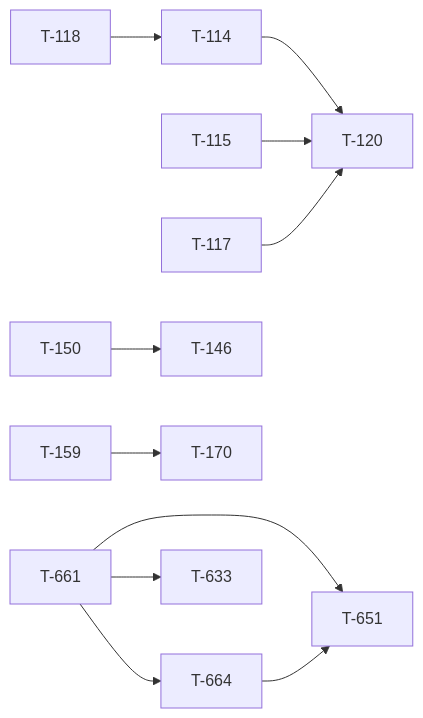
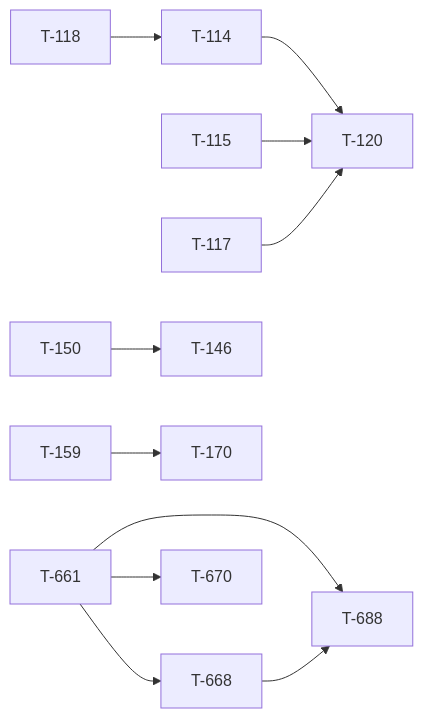
One commit to darkforce09/TBD-reforger changed the diagram in docs/TICKET_LEAD.md. Above: the diagram before and after it, drawn with Mermaid. The commit also changed other lines of this file and 8 other files, not shown here.

````diff
--- a/docs/TICKET_LEAD.md
+++ b/docs/TICKET_LEAD.md
@@ -28,13 +28,13 @@
 ```mermaid
 flowchart LR
   T118[T-118] --> T114[T-114]
   T114[T-114] --> T120[T-120]
   T115[T-115] --> T120[T-120]
   T117[T-117] --> T120[T-120]
   T150[T-150] --> T146[T-146]
   T159[T-159] --> T170[T-170]
-  T661[T-661] --> T664[T-664]
-  T661[T-661] --> T651[T-651]
-  T664[T-664] --> T651[T-651]
-  T661[T-661] --> T633[T-633]
+  T661[T-661] --> T668[T-668]
+  T661[T-661] --> T670[T-670]
+  T661[T-661] --> T688[T-688]
+  T668[T-668] --> T688[T-688]
 ```
````
